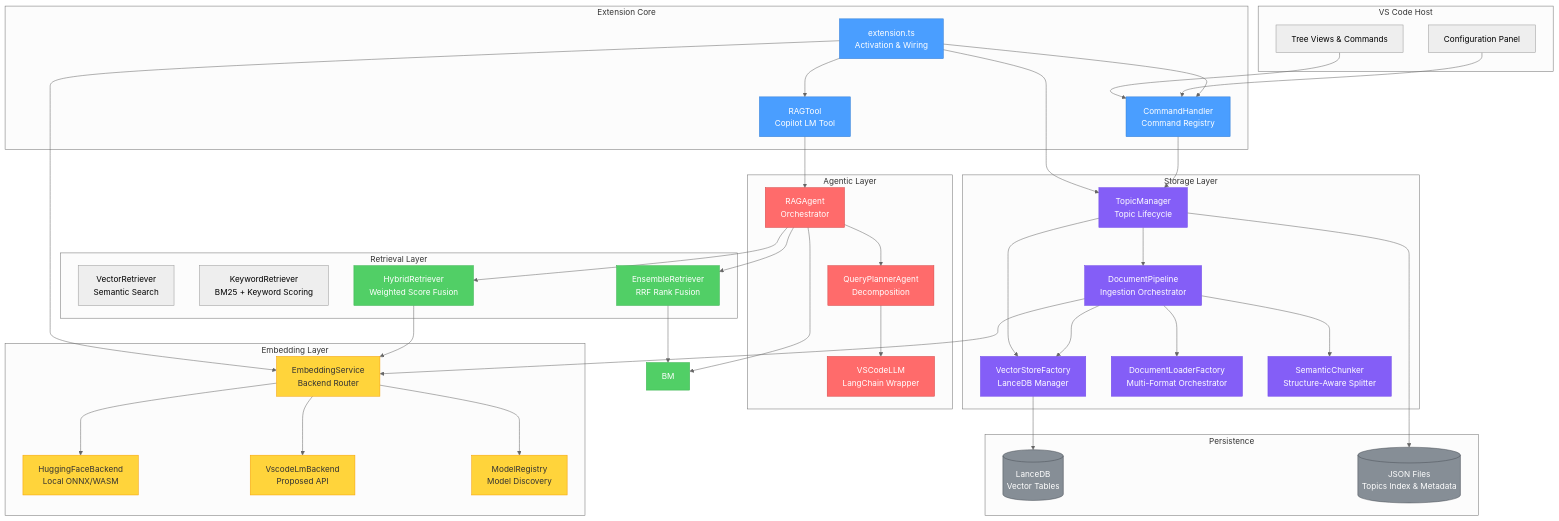
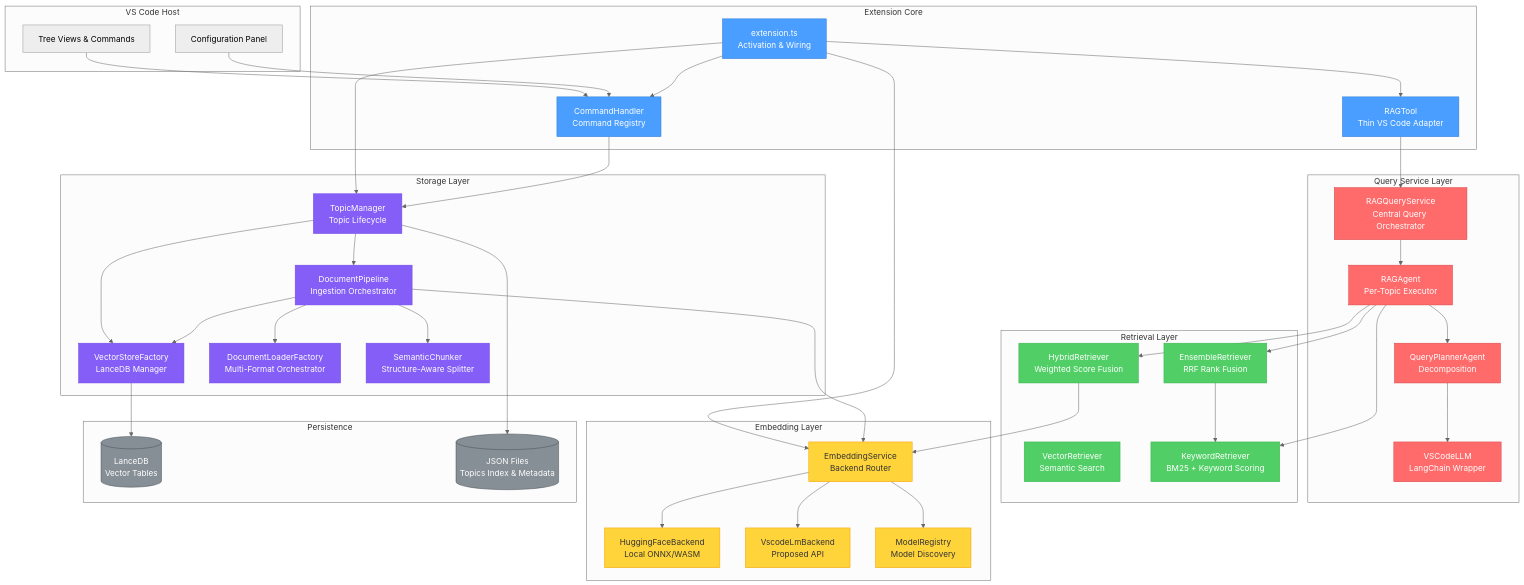
One commit to hyorman/RAGnarok changed the first of 16 diagrams in ARCHITECTURE.md. Above: the diagram before and after it, drawn with Mermaid (neutral theme). The commit also changed other lines of this file and 88 other files, not shown here.

First line of the commit message:
feat: knowledge graph, standalone memory, cross-encoder reranking, and benchmarks

```diff
--- a/ARCHITECTURE.md
+++ b/ARCHITECTURE.md
@@ -47,11 +51,12 @@
     subgraph "Extension Core"
         EXT[extension.ts<br/>Activation & Wiring]
         CMD[CommandHandler<br/>Command Registry]
-        TOOL[RAGTool<br/>Copilot LM Tool]
+        TOOL[RAGTool<br/>Thin VS Code Adapter]
     end
 
-    subgraph "Agentic Layer"
-        AGENT[RAGAgent<br/>Orchestrator]
+    subgraph "Query Service Layer"
+        RQS[RAGQueryService<br/>Central Query Orchestrator]
+        AGENT[RAGAgent<br/>Per-Topic Executor]
         QP[QueryPlannerAgent<br/>Decomposition]
         LLM[VSCodeLLM<br/>LangChain Wrapper]
     end
@@ -90,15 +95,16 @@
     EXT --> TM
     EXT --> ES
 
-    TOOL --> AGENT
+    TOOL --> RQS
+    RQS --> AGENT
     AGENT --> QP
     QP --> LLM
     AGENT --> HR
     AGENT --> ER
-    AGENT --> BM
+    AGENT --> KR
 
     HR --> ES
-    ER --> BM
+    ER --> KR
 
     ES --> HF
     ES --> VLM
@@ -123,8 +129,8 @@
     classDef persist fill:#868e96,stroke:#495057,color:#fff
 
     class EXT,CMD,TOOL core
-    class AGENT,QP,LLM agent
-    class HR,ER,BM retrieval
+    class RQS,AGENT,QP,LLM agent
+    class HR,ER,VR,KR retrieval
     class ES,HF,VLM,MR embedding
     class TM,DP,VSF,DLF,SC storage
     class LANCE,META persist
```
